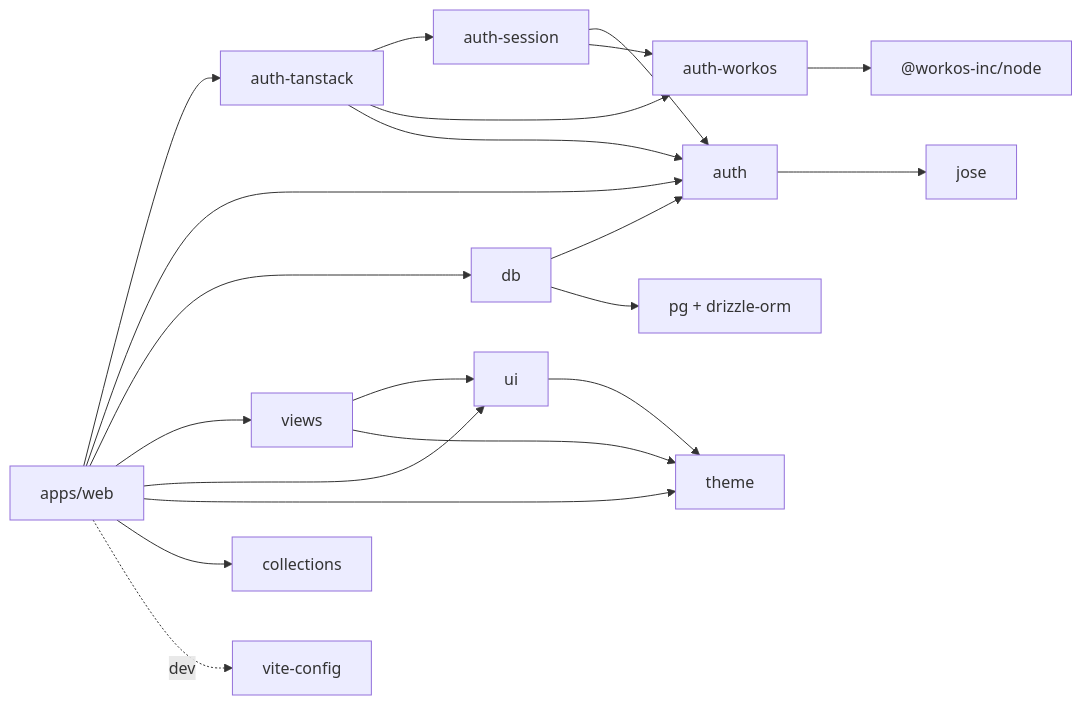
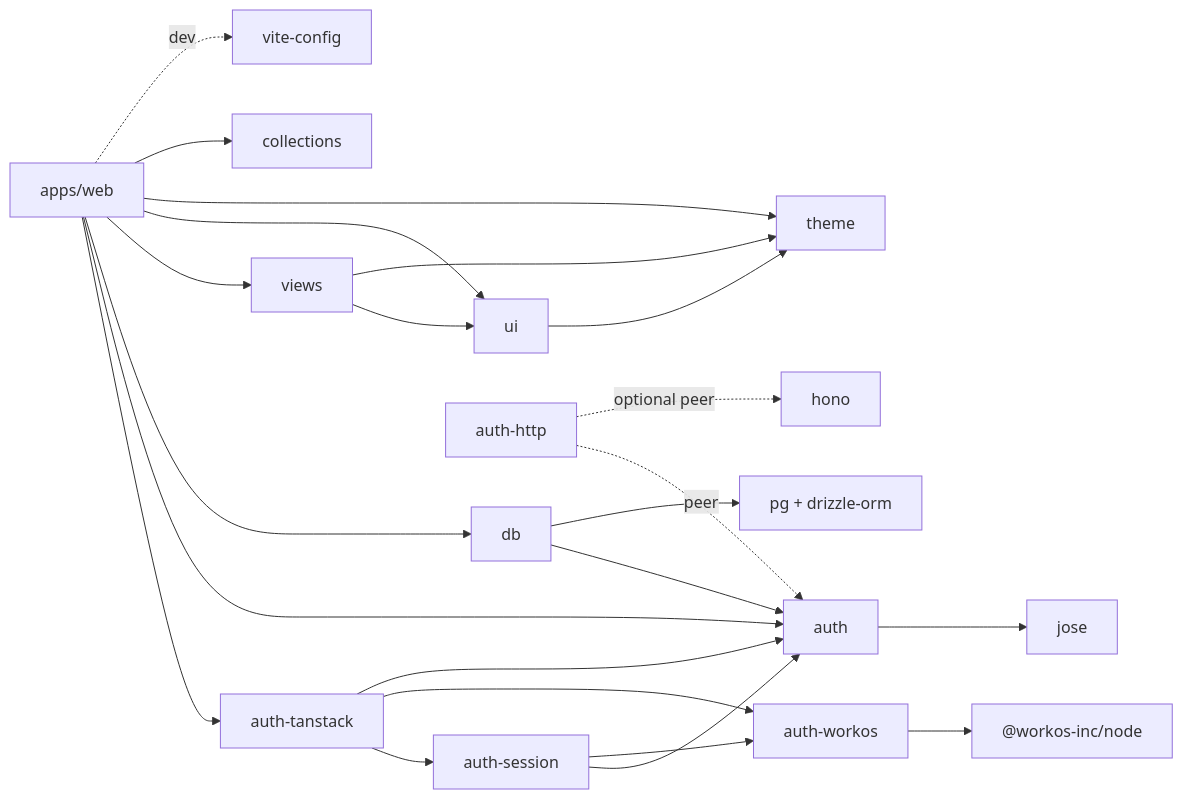
One commit to littleorgans/lilo-moon-template changed the first of 8 diagrams in docs/system-overview.md. Above: the diagram before and after it, drawn with Mermaid. The commit also changed other lines of this file and 27 other files, not shown here.

First line of the commit message:
feat(auth-http): add bearer authentication for HTTP services (#100)

````diff
--- a/docs/system-overview.md
+++ b/docs/system-overview.md
@@ -70,23 +71,25 @@
 ```mermaid
 graph LR
   web[apps/web] --> auth-tanstack
   web --> auth
   web --> db
   web --> views
   web --> ui
   web --> theme
   web --> collections
   web -. dev .-> vite-config
   auth-tanstack --> auth-session
   auth-tanstack --> auth-workos
   auth-tanstack --> auth
   auth-session --> auth
   auth-session --> auth-workos
+  auth-http -. peer .-> auth
+  auth-http -. optional peer .-> hono
   auth-workos --> sdk["@workos-inc/node"]
   auth --> jose
   db --> auth
   db --> pg["pg + drizzle-orm"]
   views --> ui
   views --> theme
   ui --> theme
 ```
````
